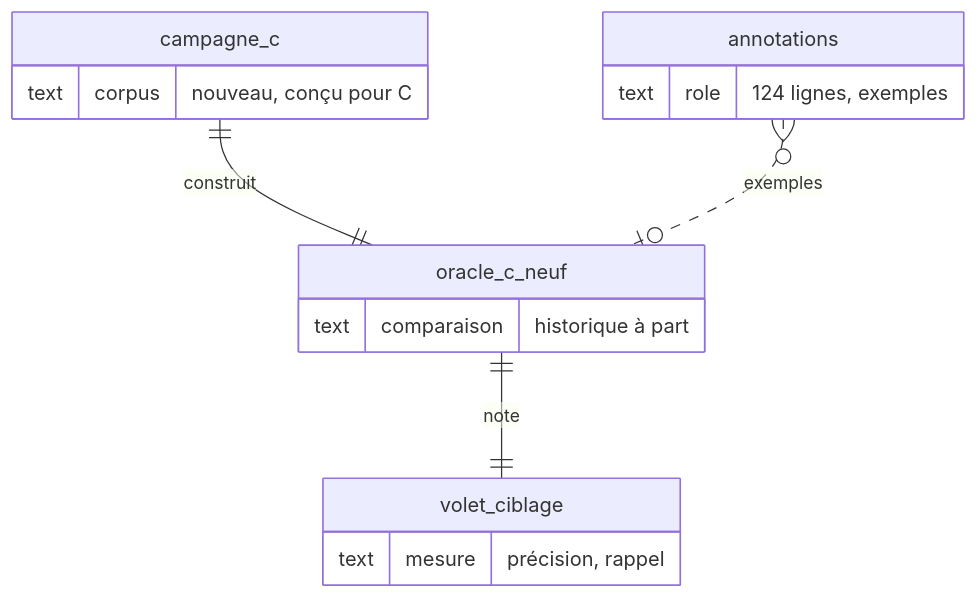
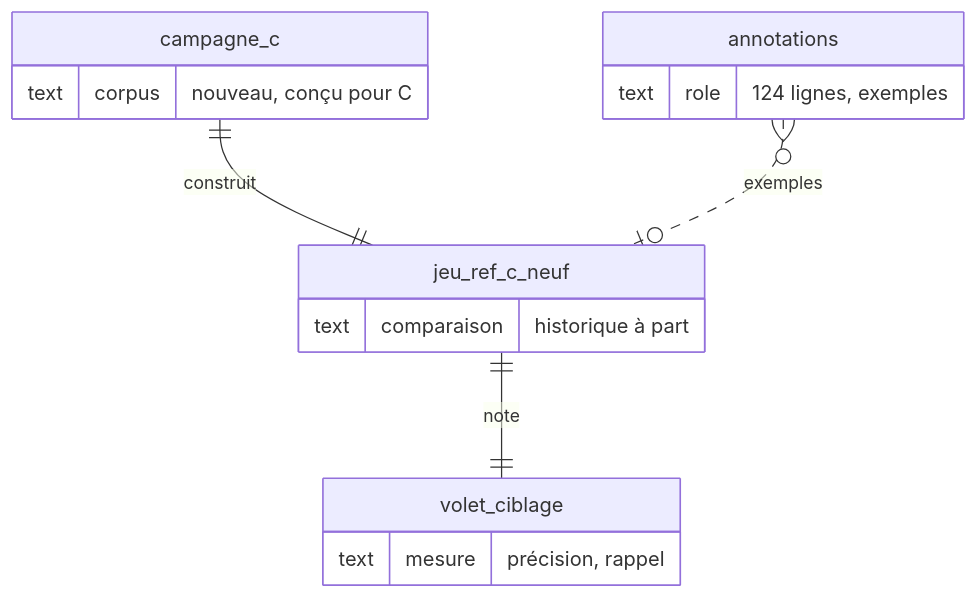
One commit to rhanka/radar-immobilier changed diagram 17 of 22 in docs/spec/reports/dossier-retours-steve/DOSSIER_DECISION_RETOURS_STEVE_2026-10-03.md. Above: the diagram before and after it, drawn with Mermaid. The commit also changed other lines of this file and 47 other files, not shown here.

````diff
--- a/docs/spec/reports/dossier-retours-steve/DOSSIER_DECISION_RETOURS_STEVE_2026-10-03.md
+++ b/docs/spec/reports/dossier-retours-steve/DOSSIER_DECISION_RETOURS_STEVE_2026-10-03.md
@@ -1562,18 +1814,18 @@
 ```mermaid
 erDiagram
-    campagne_c ||--|| oracle_c_neuf : construit
-    annotations }o..o| oracle_c_neuf : exemples
-    oracle_c_neuf ||--|| volet_ciblage : note
+    campagne_c ||--|| jeu_ref_c_neuf : construit
+    annotations }o..o| jeu_ref_c_neuf : exemples
+    jeu_ref_c_neuf ||--|| volet_ciblage : note
     campagne_c {
       text corpus "nouveau, conçu pour C"
     }
     annotations {
       text role "124 lignes, exemples"
     }
-    oracle_c_neuf {
+    jeu_ref_c_neuf {
       text comparaison "historique à part"
     }
     volet_ciblage {
       text mesure "précision, rappel"
     }
 ```
````
